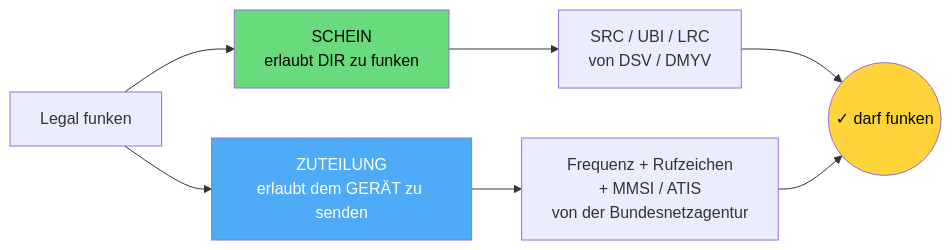
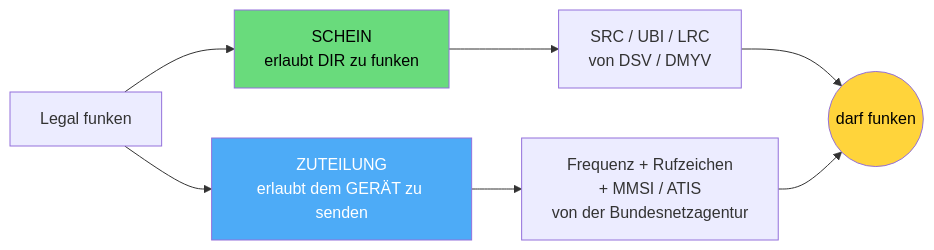
One commit to maaxhe/notes.maximleopold.com changed the first of 2 diagrams in content/Funkkurs/Funk Generell/Funkkurs — Rechtliche Grundlagen.md. Above: the diagram before and after it, drawn with Mermaid. The commit also changed other lines of this file and 25 other files, not shown here.

````diff
--- a/content/Funkkurs/Funk Generell/Funkkurs — Rechtliche Grundlagen.md
+++ b/content/Funkkurs/Funk Generell/Funkkurs — Rechtliche Grundlagen.md
@@ -24,12 +22,12 @@
 ```mermaid
 flowchart LR
-    P[Legal funken] --> S[SCHEIN<br/>erlaubt DIR zu funken]
-    P --> Z[ZUTEILUNG<br/>erlaubt dem GERÄT zu senden]
-    S --> S1[SRC / UBI / LRC<br/>von DSV / DMYV]
-    Z --> Z1[Frequenz + Rufzeichen<br/>+ MMSI / ATIS<br/>von der Bundesnetzagentur]
-    S1 --> OK((✓ darf funken))
-    Z1 --> OK
-    style S fill:#69db7c,color:#000
-    style Z fill:#4dabf7,color:#fff
-    style OK fill:#ffd43b,color:#000
+ P[Legal funken] --> S[SCHEIN<br/>erlaubt DIR zu funken]
+ P --> Z[ZUTEILUNG<br/>erlaubt dem GERÄT zu senden]
+ S --> S1[SRC / UBI / LRC<br/>von DSV / DMYV]
+ Z --> Z1[Frequenz + Rufzeichen<br/>+ MMSI / ATIS<br/>von der Bundesnetzagentur]
+ S1 --> OK(( darf funken))
+ Z1 --> OK
+ style S fill:#69db7c,color:#000
+ style Z fill:#4dabf7,color:#fff
+ style OK fill:#ffd43b,color:#000
 ```
````
